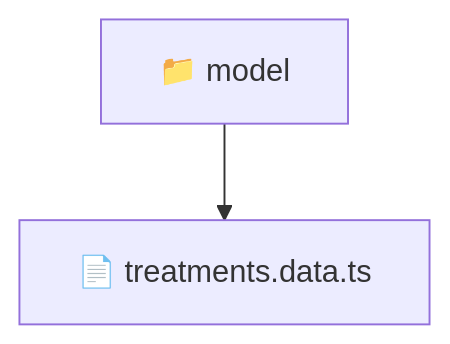
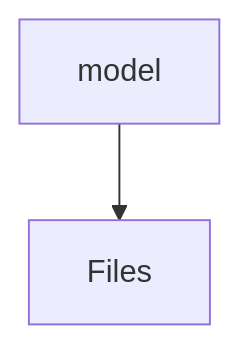
The diagram in frontend/src/features/treatments/model/README.md (beginwebdev2002/fullstack-mavluda), drawn with Mermaid before and after one commit. The commit also changed other lines of this file and 163 other files, not shown here.

First line of the commit message:
feat: autogenerate localized directory readmes for architectural transparency

````diff
--- a/frontend/src/features/treatments/model/README.md
+++ b/frontend/src/features/treatments/model/README.md
@@ -11,5 +12,4 @@
 ```mermaid
 graph TD
-  Root["📁 model"]
-  Root --> treatments_data_ts["📄 treatments.data.ts"]
+    model[model] --> Files
 ```
````
